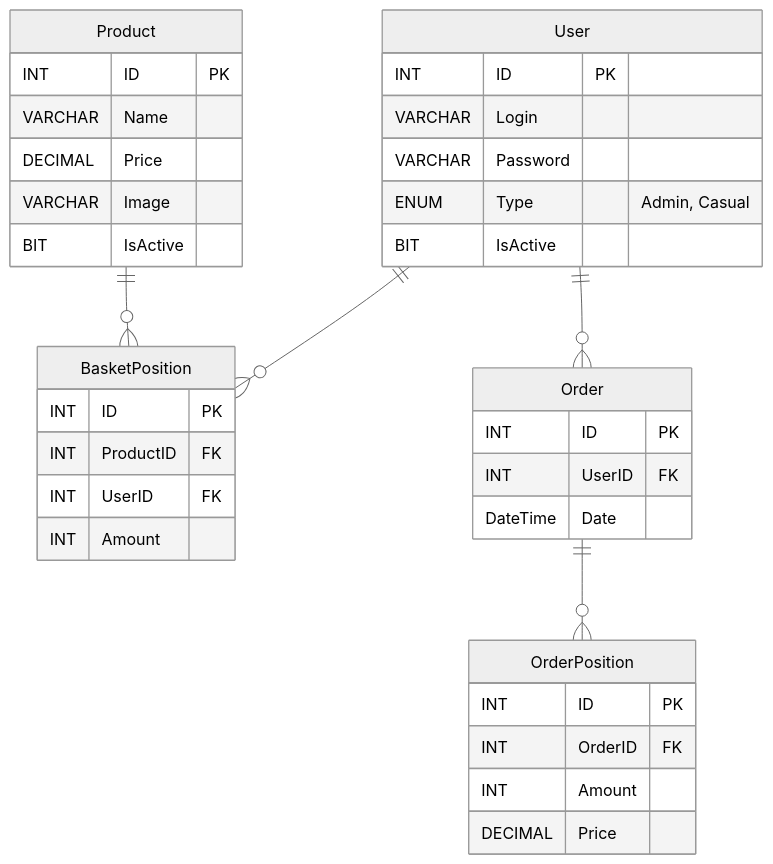
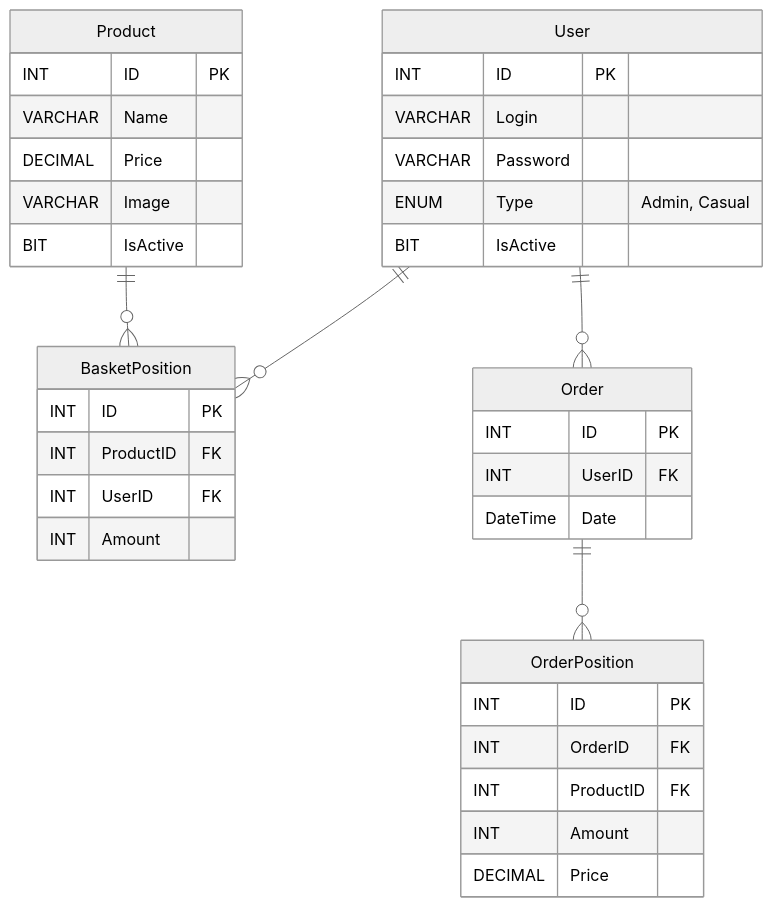
Before and after one commit to woj1kub/TAIiB_wojkub_S6: the diagram in docs/erd.md, drawn with Mermaid (neutral theme). The commit also changed 9 other files, not shown here.

````diff
--- a/docs/erd.md
+++ b/docs/erd.md
@@ -1,41 +1,42 @@
 ```mermaid
 
 erDiagram
     Product {
         INT ID PK
         VARCHAR Name
         DECIMAL Price
         VARCHAR Image
         BIT IsActive
     }
     User {
         INT ID PK
         VARCHAR Login
         VARCHAR Password
         ENUM Type "Admin, Casual"
         BIT IsActive
     }
     BasketPosition {
         INT ID PK
         INT ProductID FK
         INT UserID FK
         INT Amount
     }
     Order {
         INT ID PK
         INT UserID FK
         DateTime Date
     }
     OrderPosition {
         INT ID PK
         INT OrderID FK
+        INT ProductID FK
         INT Amount
         DECIMAL Price
     }
     Product ||--o{ BasketPosition : ""
     User ||--o{ BasketPosition : ""
     User ||--o{ Order : ""
     Order ||--o{ OrderPosition : ""
 
 
 ```
````
